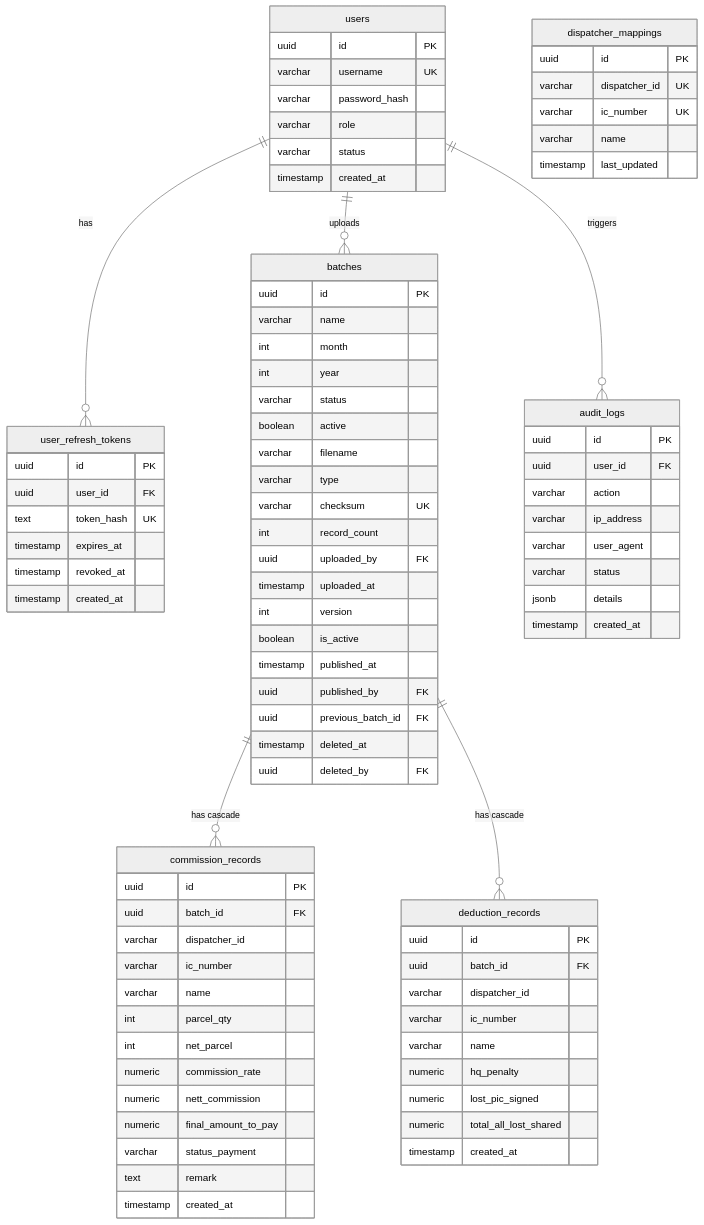
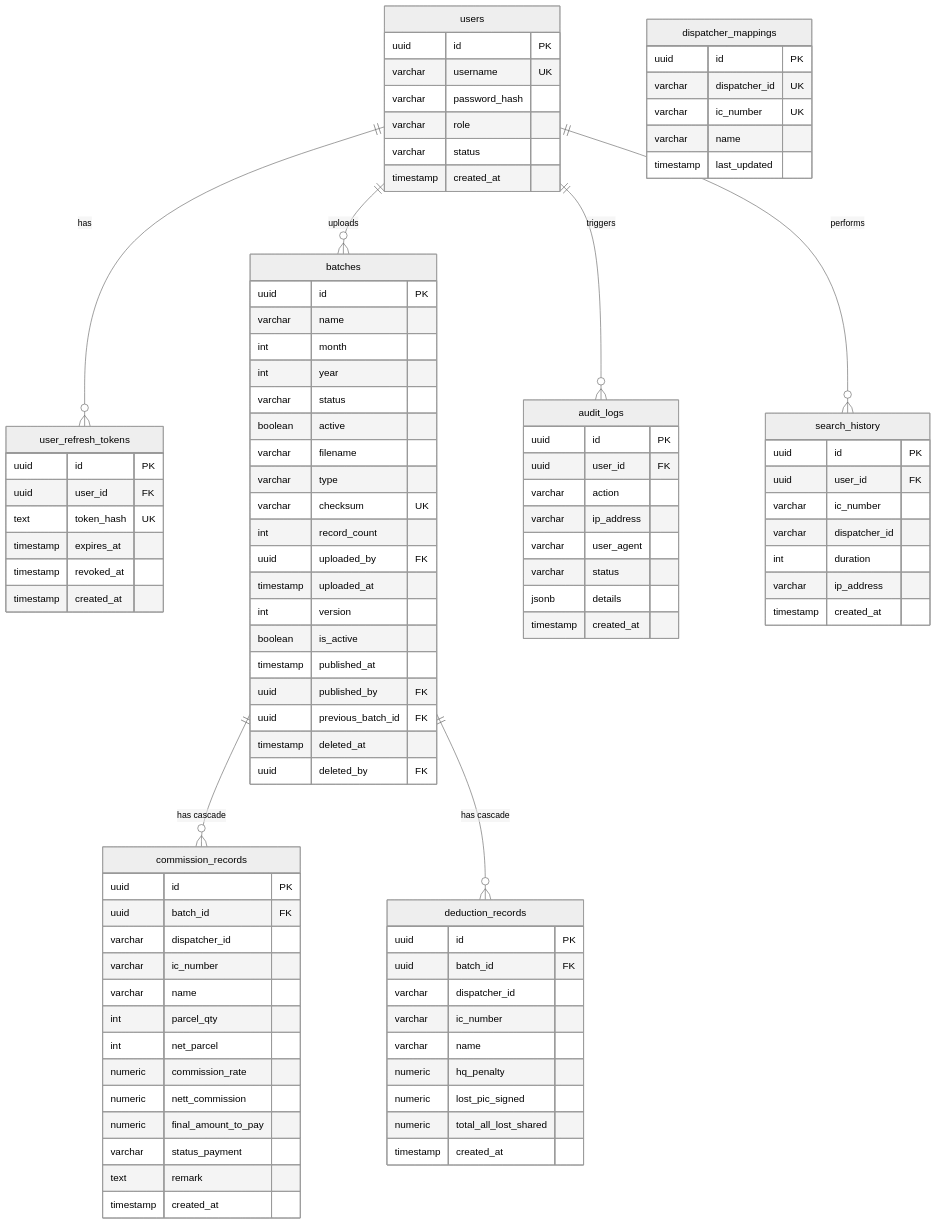
One commit to yukijim/mawar-teraju-commission-system changed the diagram in DATABASE_SCHEMA.md. Above: the diagram before and after it, drawn with Mermaid (neutral theme). The commit also changed other lines of this file and 11 other files, not shown here.

Commit message:
feat(search): implement enterprise commission search engine with pagination, filtering, history logging, and role guards

````diff
--- a/DATABASE_SCHEMA.md
+++ b/DATABASE_SCHEMA.md
@@ -88,10 +88,20 @@
         jsonb details
         timestamp created_at
     }
+    search_history {
+        uuid id PK
+        uuid user_id FK
+        varchar ic_number
+        varchar dispatcher_id
+        int duration
+        varchar ip_address
+        timestamp created_at
+    }
 
     users ||--o{ user_refresh_tokens : "has"
     users ||--o{ batches : "uploads"
     batches ||--o{ commission_records : "has cascade"
     batches ||--o{ deduction_records : "has cascade"
     users ||--o{ audit_logs : "triggers"
+    users ||--o{ search_history : "performs"
 ```
````
